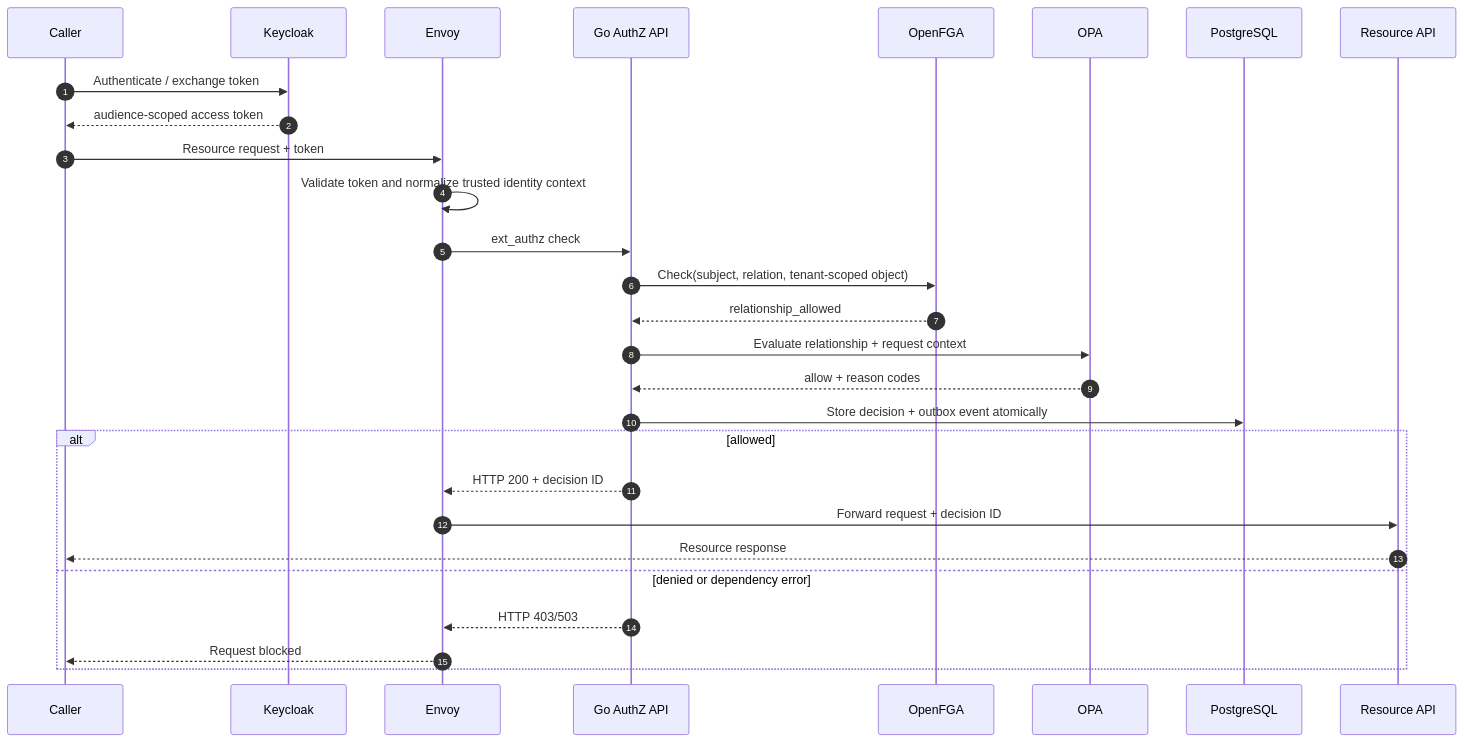
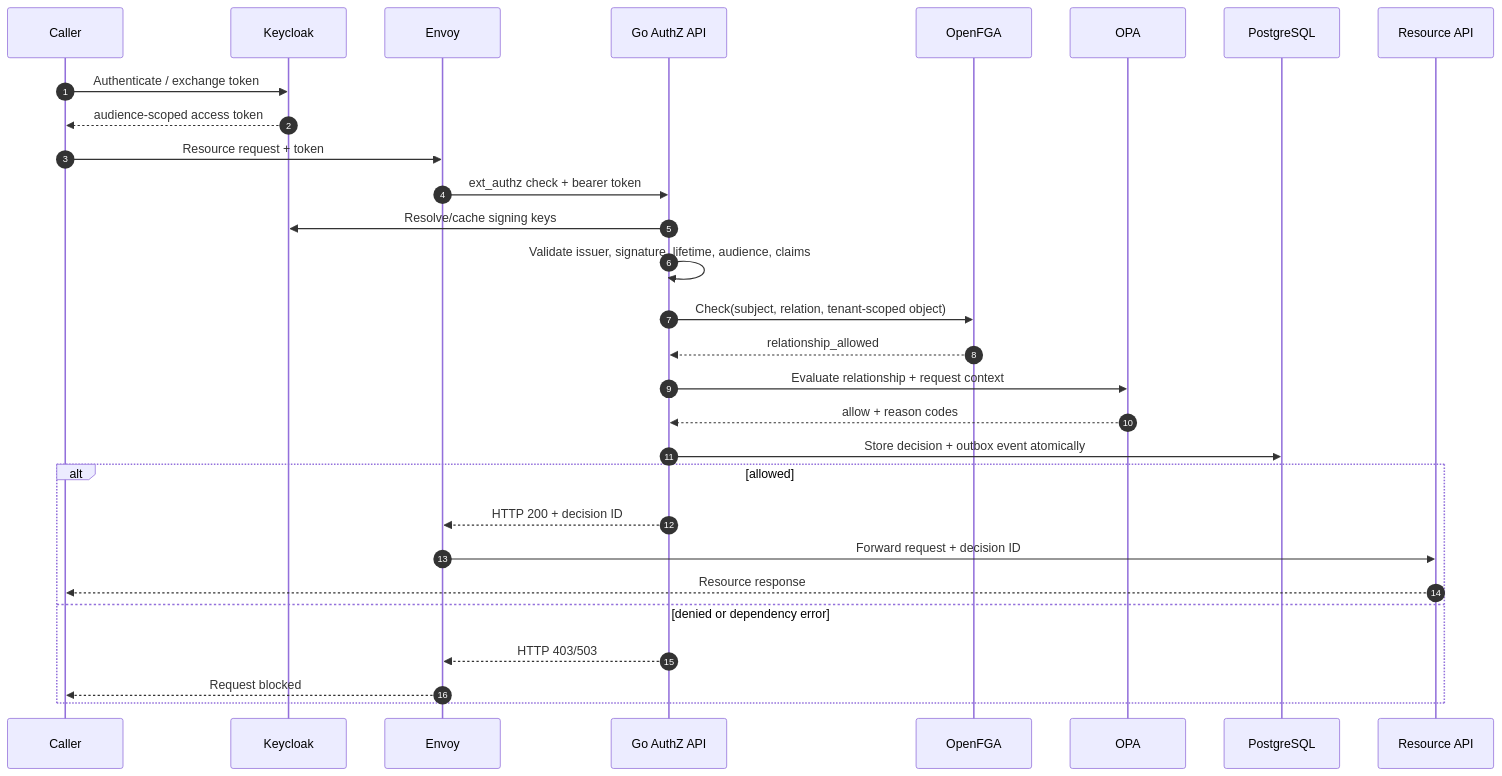
The second of 2 diagrams in docs/architecture.md (mmmihaeel/go-authorization-platform), drawn with Mermaid before and after one commit. The commit also changed other lines of this file and 89 other files, not shown here.

````diff
--- a/docs/architecture.md
+++ b/docs/architecture.md
@@ -52,31 +53,32 @@
 ```mermaid
 sequenceDiagram
     autonumber
     participant C as Caller
     participant K as Keycloak
     participant E as Envoy
     participant A as Go AuthZ API
     participant F as OpenFGA
     participant O as OPA
     participant P as PostgreSQL
     participant R as Resource API
 
     C->>K: Authenticate / exchange token
     K-->>C: audience-scoped access token
     C->>E: Resource request + token
-    E->>E: Validate token and normalize trusted identity context
-    E->>A: ext_authz check
+    E->>A: ext_authz check + bearer token
+    A->>K: Resolve/cache signing keys
+    A->>A: Validate issuer, signature, lifetime, audience, claims
     A->>F: Check(subject, relation, tenant-scoped object)
     F-->>A: relationship_allowed
     A->>O: Evaluate relationship + request context
     O-->>A: allow + reason codes
     A->>P: Store decision + outbox event atomically
     alt allowed
       A-->>E: HTTP 200 + decision ID
       E->>R: Forward request + decision ID
       R-->>C: Resource response
     else denied or dependency error
       A-->>E: HTTP 403/503
       E-->>C: Request blocked
     end
 ```
````
